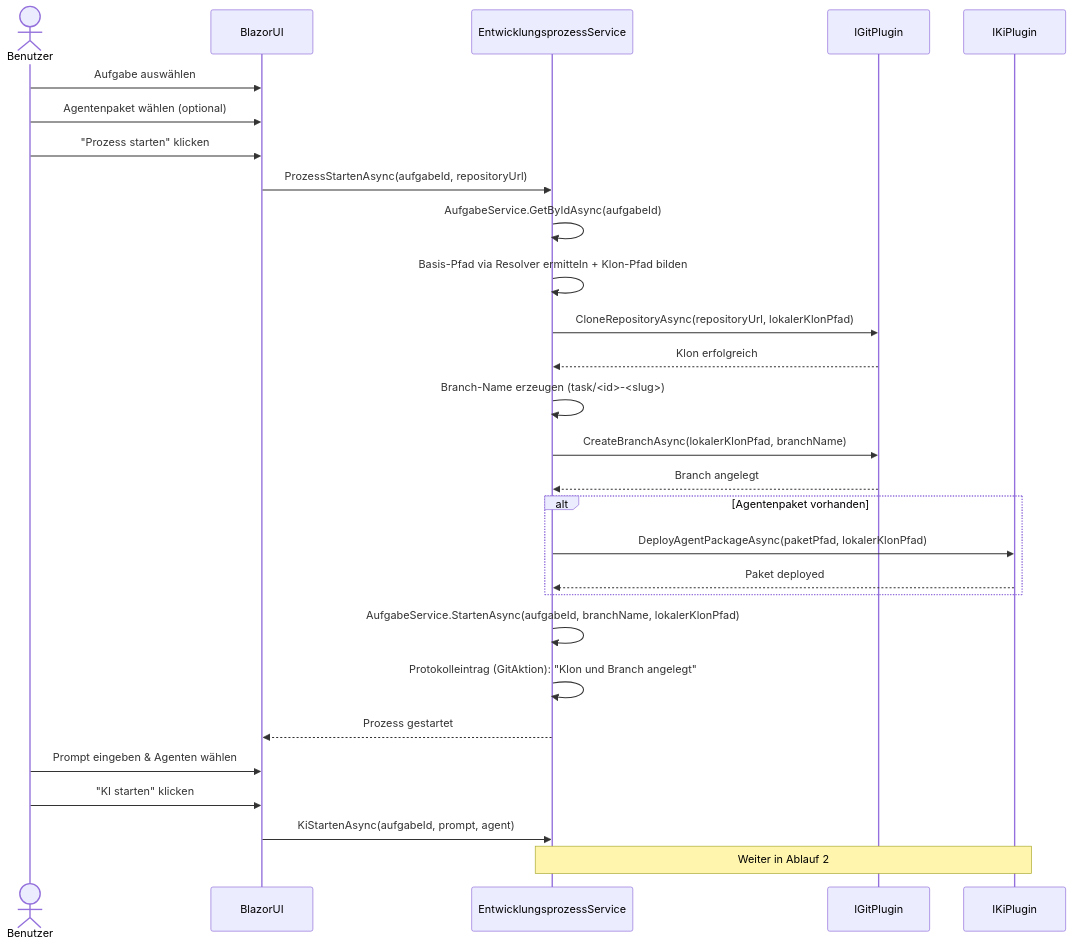
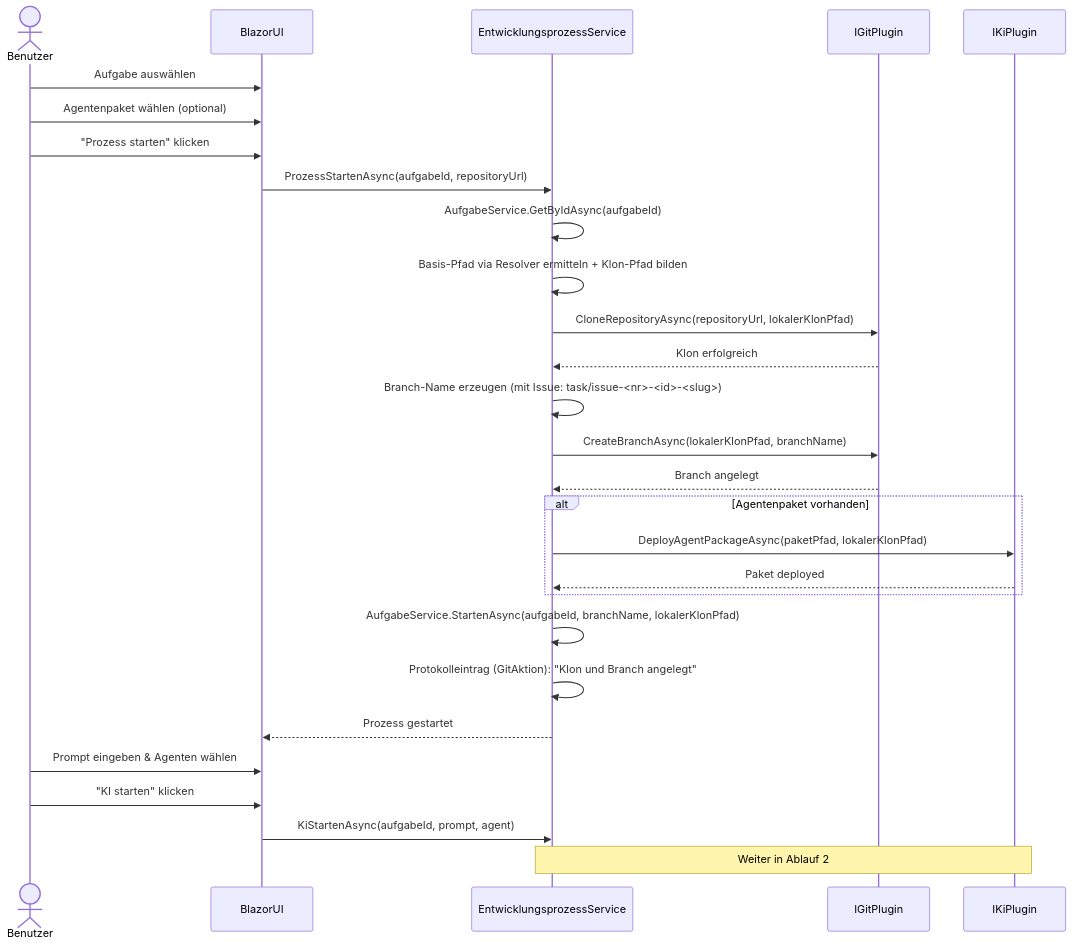
The first of 7 diagrams in docs/flows/development-process-flow.md (martin-stromberg/Softwareschmiede), drawn with Mermaid before and after one commit. The commit also changed other lines of this file and 24 other files, not shown here.

Commit message:
Feature „Issue-Auswahl, Branch-Verknüpfung und PR Auto-Close“

````diff
--- a/docs/flows/development-process-flow.md
+++ b/docs/flows/development-process-flow.md
@@ -29,35 +29,35 @@
 ```mermaid
 sequenceDiagram
     actor Benutzer
     participant BlazorUI
     participant EntwicklungsprozessService
     participant IGitPlugin
     participant IKiPlugin
 
     Benutzer->>BlazorUI: Aufgabe auswählen
     Benutzer->>BlazorUI: Agentenpaket wählen (optional)
     Benutzer->>BlazorUI: "Prozess starten" klicken
 
     BlazorUI->>EntwicklungsprozessService: ProzessStartenAsync(aufgabeId, repositoryUrl)
     EntwicklungsprozessService->>EntwicklungsprozessService: AufgabeService.GetByIdAsync(aufgabeId)
     EntwicklungsprozessService->>EntwicklungsprozessService: Basis-Pfad via Resolver ermitteln + Klon-Pfad bilden
     EntwicklungsprozessService->>IGitPlugin: CloneRepositoryAsync(repositoryUrl, lokalerKlonPfad)
     IGitPlugin-->>EntwicklungsprozessService: Klon erfolgreich
-    EntwicklungsprozessService->>EntwicklungsprozessService: Branch-Name erzeugen (task/<id>-<slug>)
+    EntwicklungsprozessService->>EntwicklungsprozessService: Branch-Name erzeugen (mit Issue: task/issue-<nr>-<id>-<slug>)
     EntwicklungsprozessService->>IGitPlugin: CreateBranchAsync(lokalerKlonPfad, branchName)
     IGitPlugin-->>EntwicklungsprozessService: Branch angelegt
 
     alt Agentenpaket vorhanden
         EntwicklungsprozessService->>IKiPlugin: DeployAgentPackageAsync(paketPfad, lokalerKlonPfad)
         IKiPlugin-->>EntwicklungsprozessService: Paket deployed
     end
 
     EntwicklungsprozessService->>EntwicklungsprozessService: AufgabeService.StartenAsync(aufgabeId, branchName, lokalerKlonPfad)
     EntwicklungsprozessService->>EntwicklungsprozessService: Protokolleintrag (GitAktion): "Klon und Branch angelegt"
     EntwicklungsprozessService-->>BlazorUI: Prozess gestartet
 
     Benutzer->>BlazorUI: Prompt eingeben & Agenten wählen
     Benutzer->>BlazorUI: "KI starten" klicken
     BlazorUI->>EntwicklungsprozessService: KiStartenAsync(aufgabeId, prompt, agent)
     Note over EntwicklungsprozessService,IKiPlugin: Weiter in Ablauf 2
 ```
````
